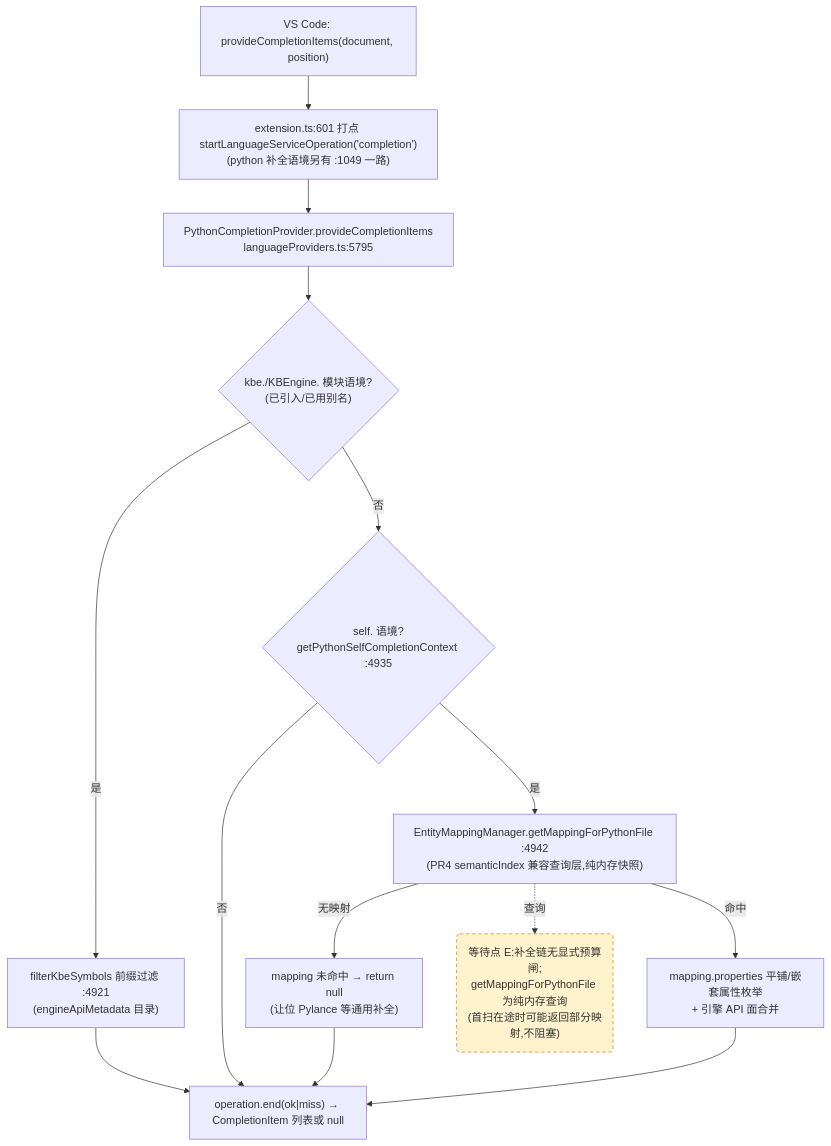
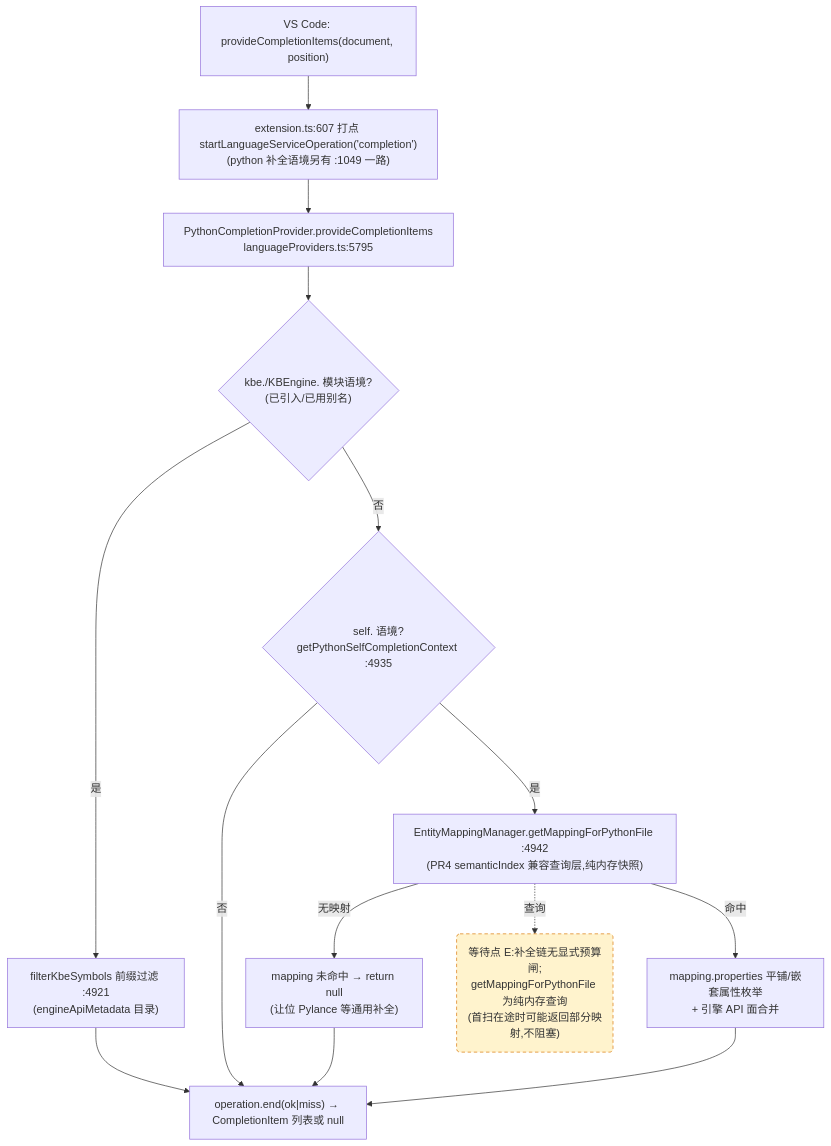
Before and after one commit to cuihairu/kode: the third of 4 diagrams in docs/perf/2026-baseline.md, drawn with Mermaid. The commit also changed other lines of this file and 11 other files, not shown here.

````diff
--- a/docs/perf/2026-baseline.md
+++ b/docs/perf/2026-baseline.md
@@ -184,27 +184,27 @@
 ```mermaid
 flowchart TD
   VC3["VS Code: provideCompletionItems(document, position)"]
-  M3["extension.ts:601 打点 startLanguageServiceOperation('completion')<br/>(python 补全语境另有 :1049 一路)"]
+  M3["extension.ts:607 打点 startLanguageServiceOperation('completion')<br/>(python 补全语境另有 :1049 一路)"]
   CP["PythonCompletionProvider.provideCompletionItems<br/>languageProviders.ts:5795"]
   KBEC{"kbe./KBEngine. 模块语境?<br/>(已引入/已用别名)"}
   FILTER["filterKbeSymbols 前缀过滤 :4921<br/>(engineApiMetadata 目录)"]
   SELFC{"self. 语境?<br/>getPythonSelfCompletionContext :4935"}
   MAP["EntityMappingManager.getMappingForPythonFile :4942<br/>(PR4 semanticIndex 兼容查询层,纯内存快照)"]
   NOMAP["mapping 未命中 → return null<br/>(让位 Pylance 等通用补全)"]
   PROPS["mapping.properties 平铺/嵌套属性枚举<br/>+ 引擎 API 面合并"]
   END3["operation.end(ok|miss) → CompletionItem 列表或 null"]
 
   VC3 --> M3 --> CP --> KBEC
   KBEC -- "是" --> FILTER --> END3
   KBEC -- "否" --> SELFC
   SELFC -- "否" --> END3
   SELFC -- "是" --> MAP
   MAP -- "无映射" --> NOMAP --> END3
   MAP -- "命中" --> PROPS --> END3
 
   WAITE("等待点 E:补全链无显式预算闸;<br/>getMappingForPythonFile 为纯内存查询<br/>(首扫在途时可能返回部分映射,不阻塞)")
   MAP -.->|查询| WAITE
 
   classDef waitPoint fill:#fff3cd,stroke:#d97706,stroke-dasharray:5 4;
   class WAITE waitPoint;
 ```
````
